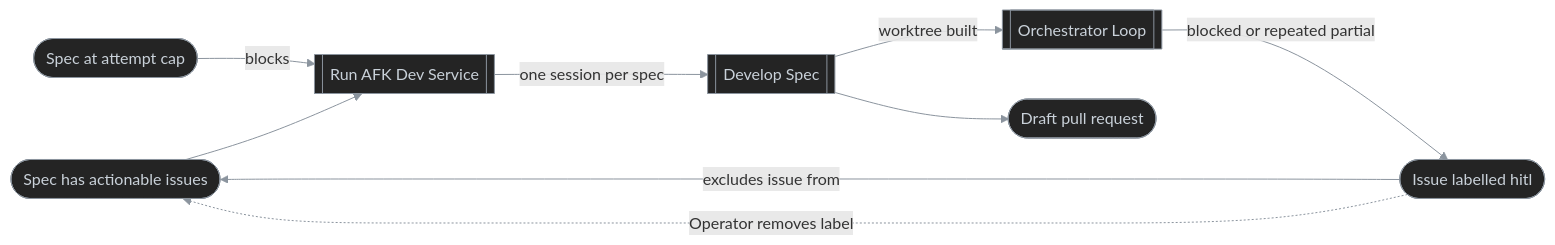
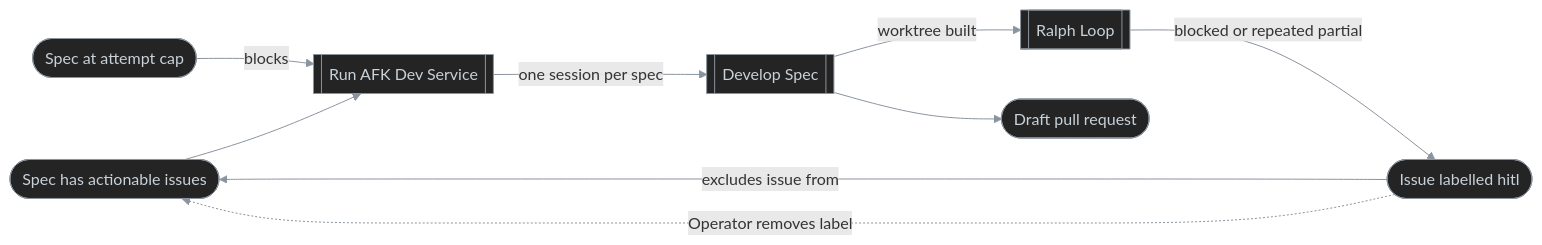
Before and after one commit to antshc/loop: the fourth of 4 diagrams in docs/concepts/dom-autonomous-spec-delivery.md, drawn with Mermaid. The commit also changed other lines of this file and 16 other files, not shown here.

````diff
--- a/docs/concepts/dom-autonomous-spec-delivery.md
+++ b/docs/concepts/dom-autonomous-spec-delivery.md
@@ -225,23 +225,23 @@
 ```mermaid
 %%{init: {'themeVariables': {'lineColor': '#8b949e'}}}%%
 %% diagram-id: autonomous-spec-delivery-relationships
 flowchart LR
     actionable(["Spec has actionable issues"])
     capped(["Spec at attempt cap"])
     hitl(["Issue labelled hitl"])
     run[["Run AFK Dev Service"]]
     dev[["Develop Spec"]]
-    loop[["Orchestrator Loop"]]
+    loop[["Ralph Loop"]]
     pr(["Draft pull request"])
 
     actionable --> run
     capped -- blocks --> run
     run -- "one session per spec" --> dev
     dev -- "worktree built" --> loop
     dev --> pr
     loop -- "blocked or repeated partial" --> hitl
     hitl -- excludes issue from --> actionable
     hitl -. "Operator removes label" .-> actionable
 
     classDef default fill:#242424,stroke:#8b949e,color:#c9d1d9,stroke-width:1px
 ```
````
